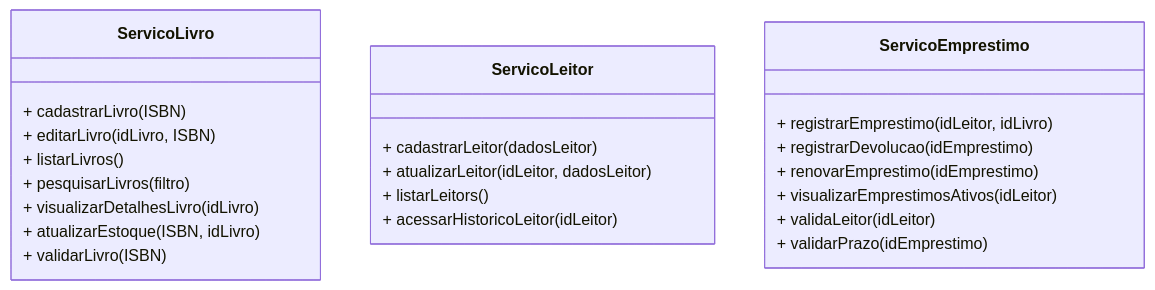
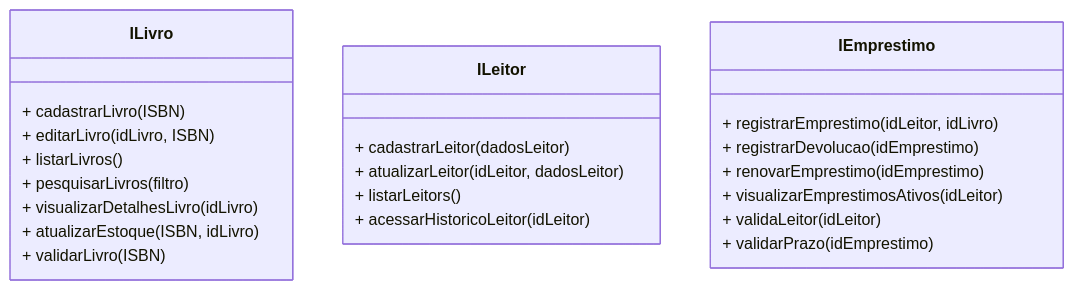
The second of 2 diagrams in lab3/diagrama_componentes_software.md (Marcela1204/CC7532_Bibliomania), drawn with Mermaid before and after one commit. The commit also changed other lines of this file, not shown here.

Commit message:
Refactor service classes to interfaces in diagram

````diff
--- a/lab3/diagrama_componentes_software.md
+++ b/lab3/diagrama_componentes_software.md
@@ -91,29 +91,29 @@
 ```mermaid
 classDiagram
-    class ServicoLivro {
+    class ILivro {
         + cadastrarLivro(ISBN)
         + editarLivro(idLivro, ISBN)
         + listarLivros()
         + pesquisarLivros(filtro)
         + visualizarDetalhesLivro(idLivro)
         + atualizarEstoque(ISBN, idLivro)
         + validarLivro(ISBN)
     }
 
-    class ServicoLeitor {
+    class ILeitor {
         + cadastrarLeitor(dadosLeitor)
         + atualizarLeitor(idLeitor, dadosLeitor)
         + listarLeitors()
         + acessarHistoricoLeitor(idLeitor)
     }
 
-    class ServicoEmprestimo {
+    class IEmprestimo {
         + registrarEmprestimo(idLeitor, idLivro)
         + registrarDevolucao(idEmprestimo)
         + renovarEmprestimo(idEmprestimo)
         + visualizarEmprestimosAtivos(idLeitor)
         + validaLeitor(idLeitor)
         + validarPrazo(idEmprestimo)
     }
 
 ```
````
